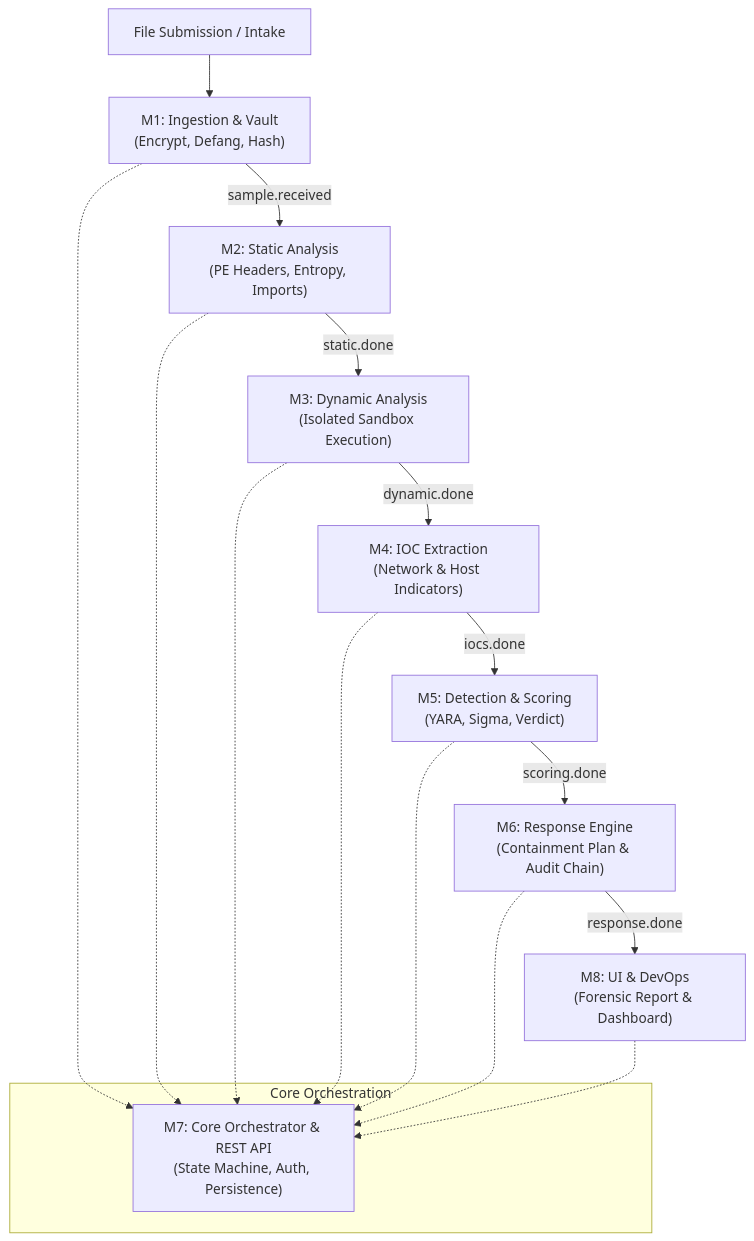
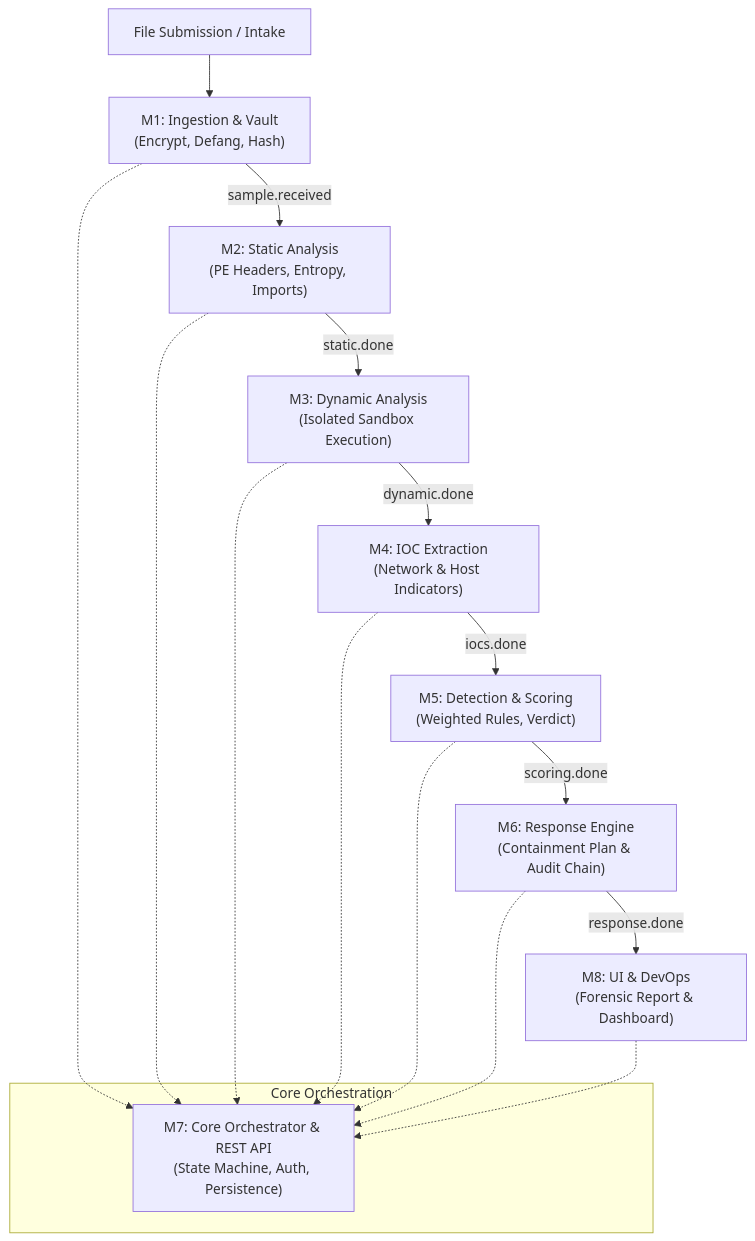
Before and after one commit to sakethkatukuri6/TRAC-Trojan-Response-and-Analysis-Command-tool: the diagram in DOCUMENTATION.md, drawn with Mermaid. The commit also changed other lines of this file and 9 other files, not shown here.

````diff
--- a/DOCUMENTATION.md
+++ b/DOCUMENTATION.md
@@ -24,22 +24,22 @@
 ```mermaid
 flowchart TD
     A["File Submission / Intake"] --> M1["M1: Ingestion & Vault\n(Encrypt, Defang, Hash)"]
     M1 -- "sample.received" --> M2["M2: Static Analysis\n(PE Headers, Entropy, Imports)"]
     M2 -- "static.done" --> M3["M3: Dynamic Analysis\n(Isolated Sandbox Execution)"]
     M3 -- "dynamic.done" --> M4["M4: IOC Extraction\n(Network & Host Indicators)"]
-    M4 -- "iocs.done" --> M5["M5: Detection & Scoring\n(YARA, Sigma, Verdict)"]
+    M4 -- "iocs.done" --> M5["M5: Detection & Scoring\n(Weighted Rules, Verdict)"]
     M5 -- "scoring.done" --> M6["M6: Response Engine\n(Containment Plan & Audit Chain)"]
     M6 -- "response.done" --> M8["M8: UI & DevOps\n(Forensic Report & Dashboard)"]
     
     subgraph Core Orchestration
         M7["M7: Core Orchestrator & REST API\n(State Machine, Auth, Persistence)"]
     end
     
     M1 -.-> M7
     M2 -.-> M7
     M3 -.-> M7
     M4 -.-> M7
     M5 -.-> M7
     M6 -.-> M7
     M8 -.-> M7
 ```
````
